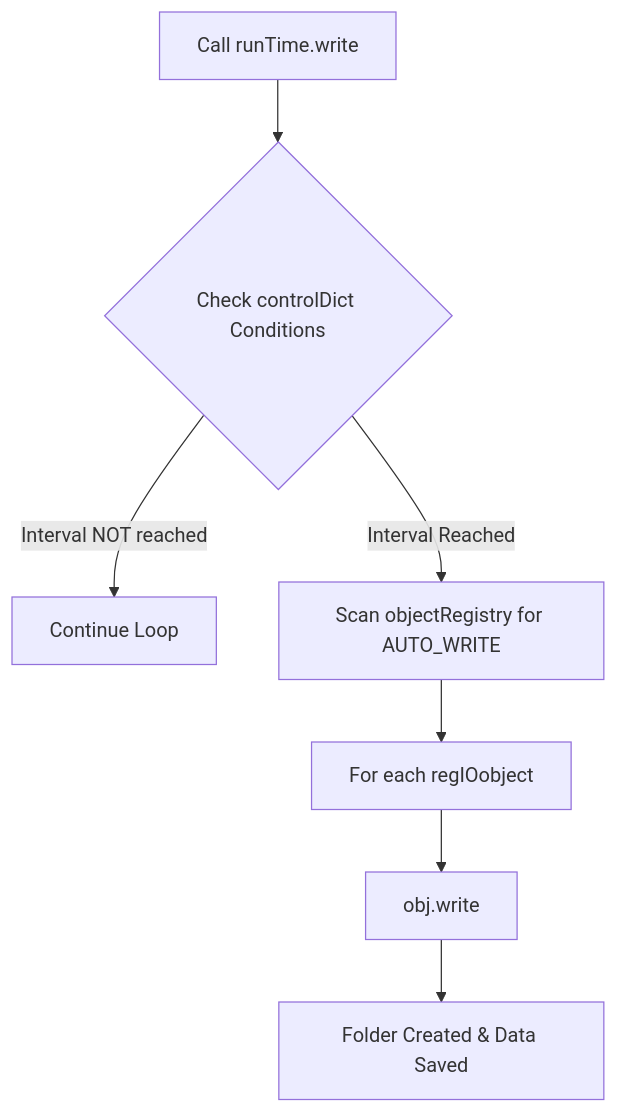
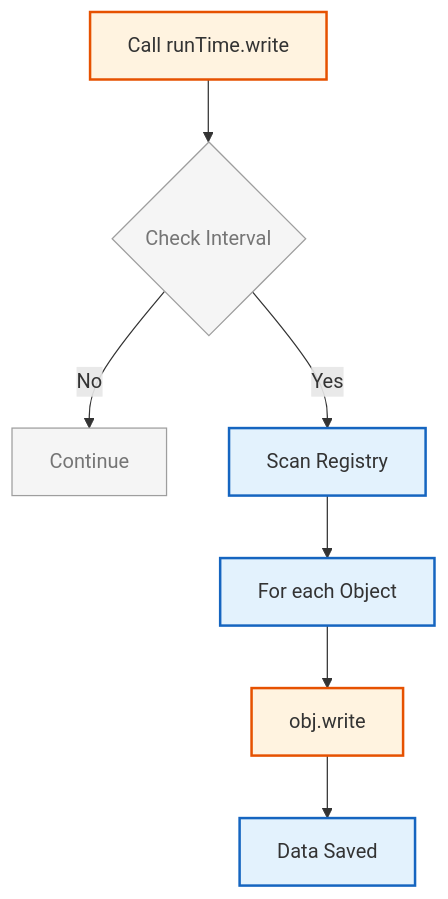
The diagram in MODULE_05_OPENFOAM_PROGRAMMING/CONTENT/07_TIME_DATABASES/04_Functional_Logic.md (wramet/build-my-cfd), drawn with Mermaid before and after one commit. The commit also changed 313 other files, not shown here.

Commit message:
Revise all diagram

````diff
--- a/MODULE_05_OPENFOAM_PROGRAMMING/CONTENT/07_TIME_DATABASES/04_Functional_Logic.md
+++ b/MODULE_05_OPENFOAM_PROGRAMMING/CONTENT/07_TIME_DATABASES/04_Functional_Logic.md
@@ -287,9 +287,14 @@
 ```mermaid
 graph TD
-    W[Call runTime.write] --> C{Check controlDict Conditions}
-    C -- "Interval NOT reached" --> End[Continue Loop]
-    C -- "Interval Reached" --> Scan[Scan objectRegistry for AUTO_WRITE]
-    Scan --> Loop[For each regIOobject]
-    Loop --> Write[obj.write]
-    Write --> Done[Folder Created & Data Saved]
+%% Classes
+classDef explicit fill:#fff3e0,stroke:#e65100,stroke-width:2px;
+classDef implicit fill:#e3f2fd,stroke:#1565c0,stroke-width:2px;
+classDef context fill:#f5f5f5,stroke:#9e9e9e,stroke-width:1px,color:#757575;
+%% Nodes
+W[Call runTime.write]:::explicit --> C{Check Interval}:::context
+C -- "No" --> End[Continue]:::context
+C -- "Yes" --> Scan[Scan Registry]:::implicit
+Scan --> Loop[For each Object]:::implicit
+Loop --> Write[obj.write]:::explicit
+Write --> Done[Data Saved]:::implicit
 ```
````
